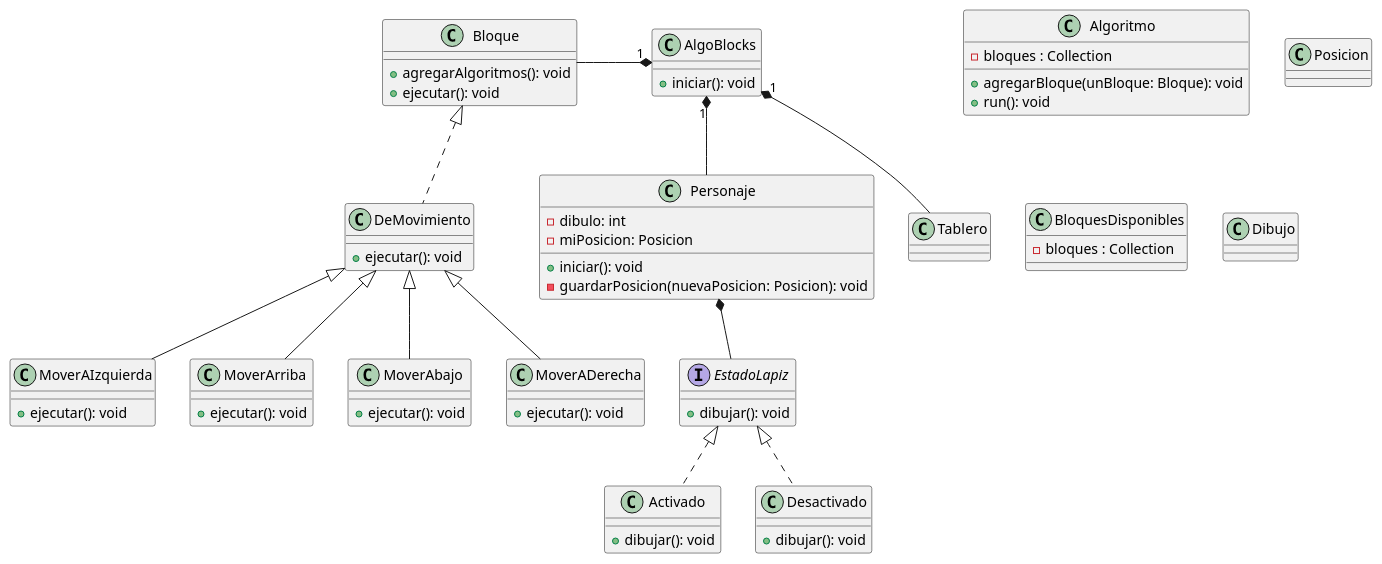
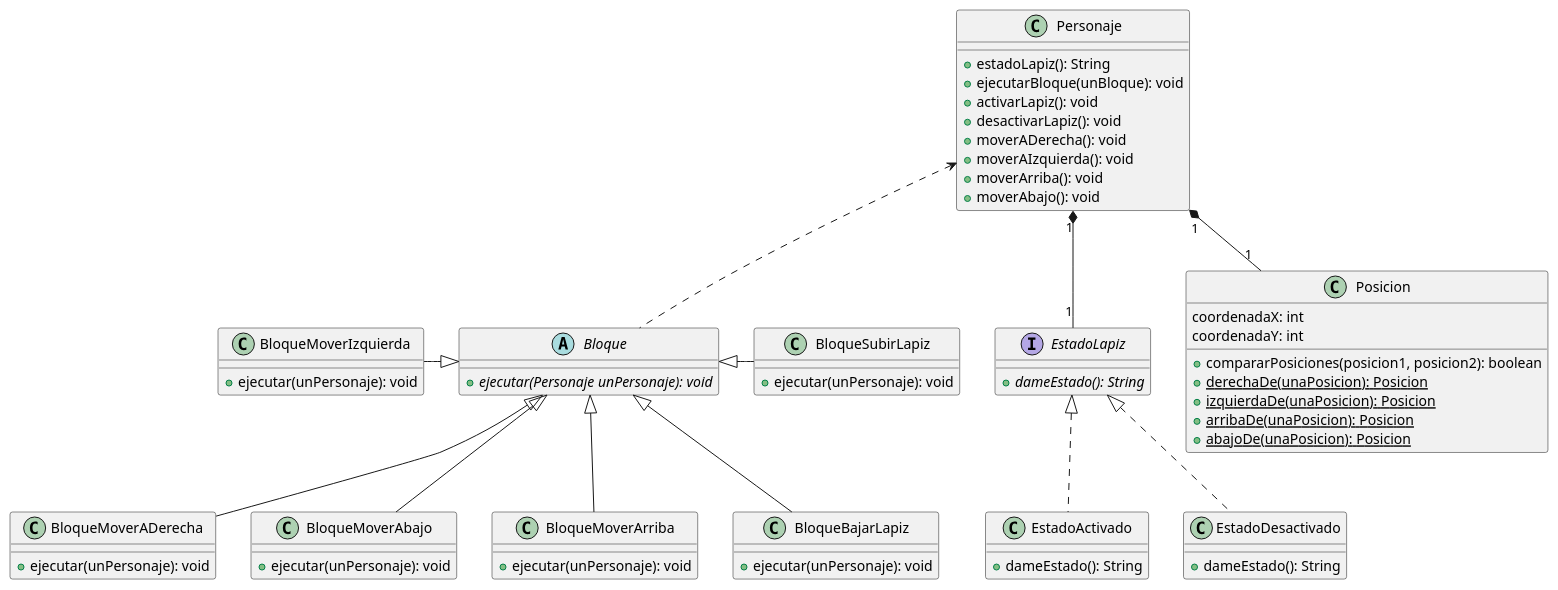
Before and after one commit to Lescalante14/Tp2-Algoritmos3-AlgoBlocks: the diagram in src/main/diagramas/clases.puml, drawn with PlantUML.

Commit message:
Diagramas de secuencia

```diff
--- a/src/main/diagramas/clases.puml
+++ b/src/main/diagramas/clases.puml
@@ -1,81 +1,78 @@
 @startuml
 
-class AlgoBlocks{
-+ iniciar(): void
+class Personaje{
+    + estadoLapiz(): String
+    + ejecutarBloque(unBloque): void
+    + activarLapiz(): void
+    + desactivarLapiz(): void
+    + moverADerecha(): void
+    + moverAIzquierda(): void
+    + moverArriba(): void
+    + moverAbajo(): void
 }
 
-class Personaje{
-- dibulo: int
-- miPosicion: Posicion
-+ iniciar(): void
-- guardarPosicion(nuevaPosicion: Posicion): void
+abstract Bloque{
+     + {abstract} ejecutar(Personaje unPersonaje): void
 }
 
-class Bloque{
-+ agregarAlgoritmos(): void
-+ ejecutar(): void
+class BloqueMoverIzquierda {
+    + ejecutar(unPersonaje): void
 }
 
-class DeMovimiento {
-+ ejecutar(): void
+class BloqueMoverADerecha {
+    + ejecutar(unPersonaje): void
 }
 
-class MoverAIzquierda {
-+ ejecutar(): void
+class BloqueMoverAbajo {
+    + ejecutar(unPersonaje): void
 }
 
-class MoverArriba {
-+ ejecutar(): void
+class BloqueMoverArriba {
+    + ejecutar(unPersonaje): void
 }
 
-class MoverAbajo {
-    + ejecutar(): void
+class BloqueBajarLapiz {
+    + ejecutar(unPersonaje): void
 }
 
-class MoverADerecha {
-    + ejecutar(): void
+class BloqueSubirLapiz {
+    + ejecutar(unPersonaje): void
 }
 
 interface EstadoLapiz {
-    + dibujar(): void
+    + {abstract} dameEstado(): String
 }
 
-class Activado {
-    + dibujar(): void
+class EstadoActivado {
+    + dameEstado(): String
 }
 
-class Desactivado {
-    + dibujar(): void
-}
-
-AlgoBlocks "1" *-- Tablero
-AlgoBlocks "1" *--left Bloque
-AlgoBlocks "1" *-- Personaje
-Bloque <|.. DeMovimiento
-DeMovimiento <|-- MoverAbajo
-DeMovimiento <|-- MoverADerecha
-DeMovimiento <|-- MoverAIzquierda
-DeMovimiento <|-- MoverArriba
-Personaje *-- EstadoLapiz
-EstadoLapiz <|.. Activado
-EstadoLapiz <|.. Desactivado
-
-class Algoritmo {
-    - bloques : Collection
-    + agregarBloque(unBloque: Bloque): void
-    + run(): void
+class EstadoDesactivado {
+    + dameEstado(): String
 }
 
 class Posicion {
-
+    coordenadaX: int
+    coordenadaY: int
+    + compararPosiciones(posicion1, posicion2): boolean
+    + {static} derechaDe(unaPosicion): Posicion
+    + {static} izquierdaDe(unaPosicion): Posicion
+    + {static} arribaDe(unaPosicion): Posicion
+    + {static} abajoDe(unaPosicion): Posicion
 }
 
-class BloquesDisponibles {
-    - bloques : Collection
-}
+Personaje <.. Bloque
+Personaje "1" *-- "1" EstadoLapiz
+Personaje "1" *-- "1" Posicion
 
-class Dibujo {
+Bloque <|-- BloqueMoverADerecha
+Bloque <|--left BloqueMoverIzquierda
+Bloque <|-- BloqueMoverAbajo
+Bloque <|-- BloqueMoverArriba
+Bloque <|-- BloqueBajarLapiz
+Bloque <|--right BloqueSubirLapiz
 
-}
+EstadoLapiz <|.. EstadoActivado
+EstadoLapiz <|.. EstadoDesactivado
 
 @enduml
```
